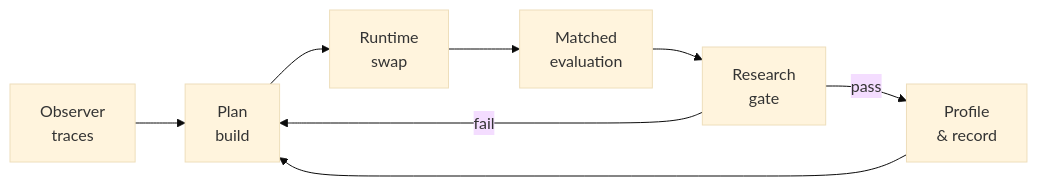
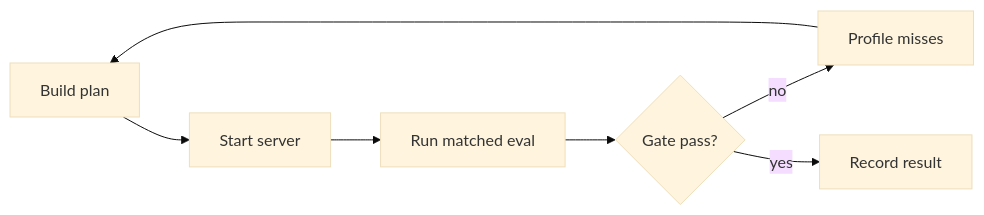
One commit to 0xSero/reap-expert-swap changed the first of 2 diagrams in README.md. Above: the diagram before and after it, drawn with Mermaid (base theme). The commit also changed other lines of this file, not shown here.

````diff
--- a/README.md
+++ b/README.md
@@ -163,10 +150,9 @@
 ```mermaid
 flowchart LR
-    Obs["Observer\ntraces"] --> Plan["Plan\nbuild"]
-    Plan --> Runtime["Runtime\nswap"]
-    Runtime --> Eval["Matched\nevaluation"]
-    Eval --> Gate["Research\ngate"]
-    Gate -->|fail| Plan
-    Gate -->|pass| Profile["Profile\n& record"]
+    Plan["Build plan"] --> Server["Start server"]
+    Server --> Eval["Run matched eval"]
+    Eval --> Gate{"Gate pass?"}
+    Gate -->|no| Profile["Profile misses"]
     Profile --> Plan
+    Gate -->|yes| Done["Record result"]
 ```
````
